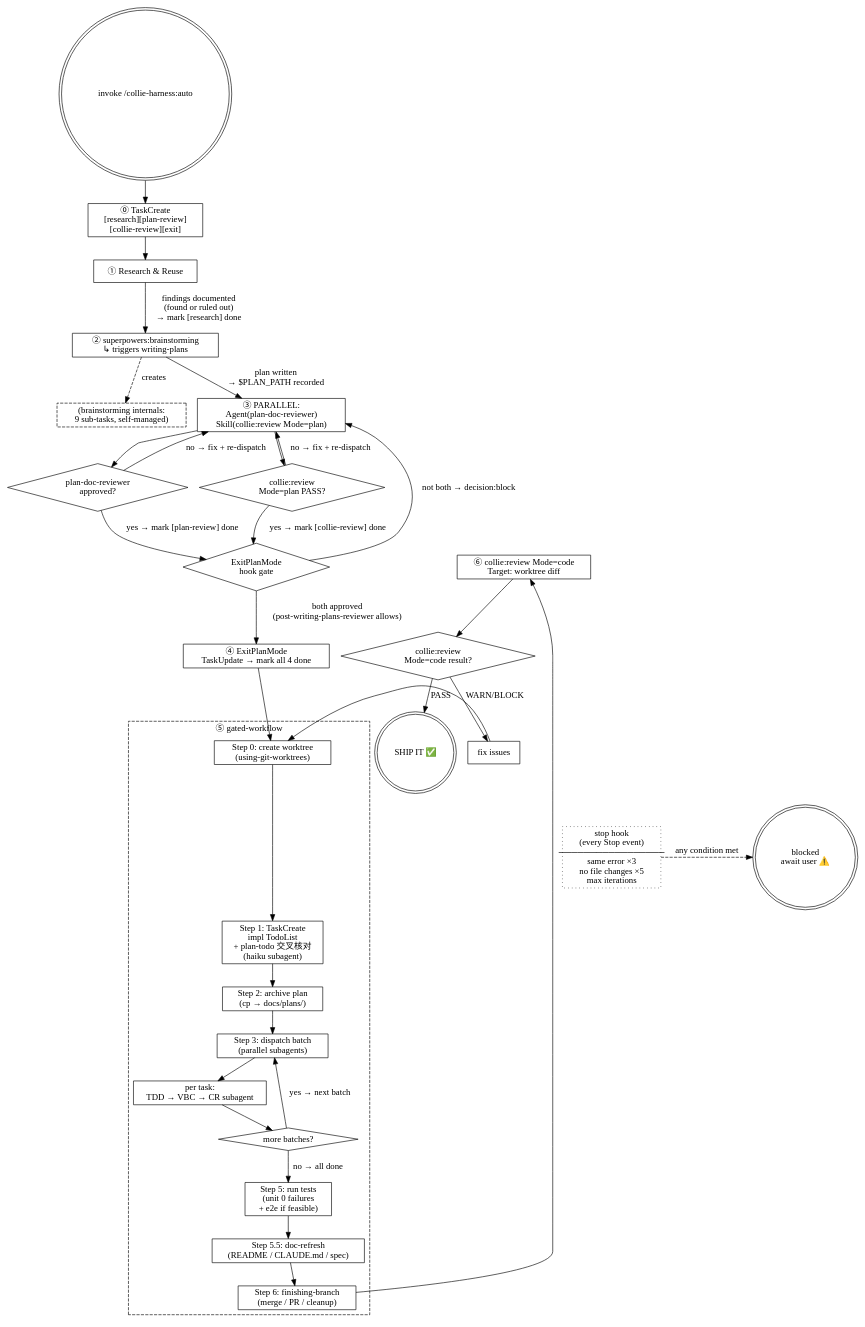
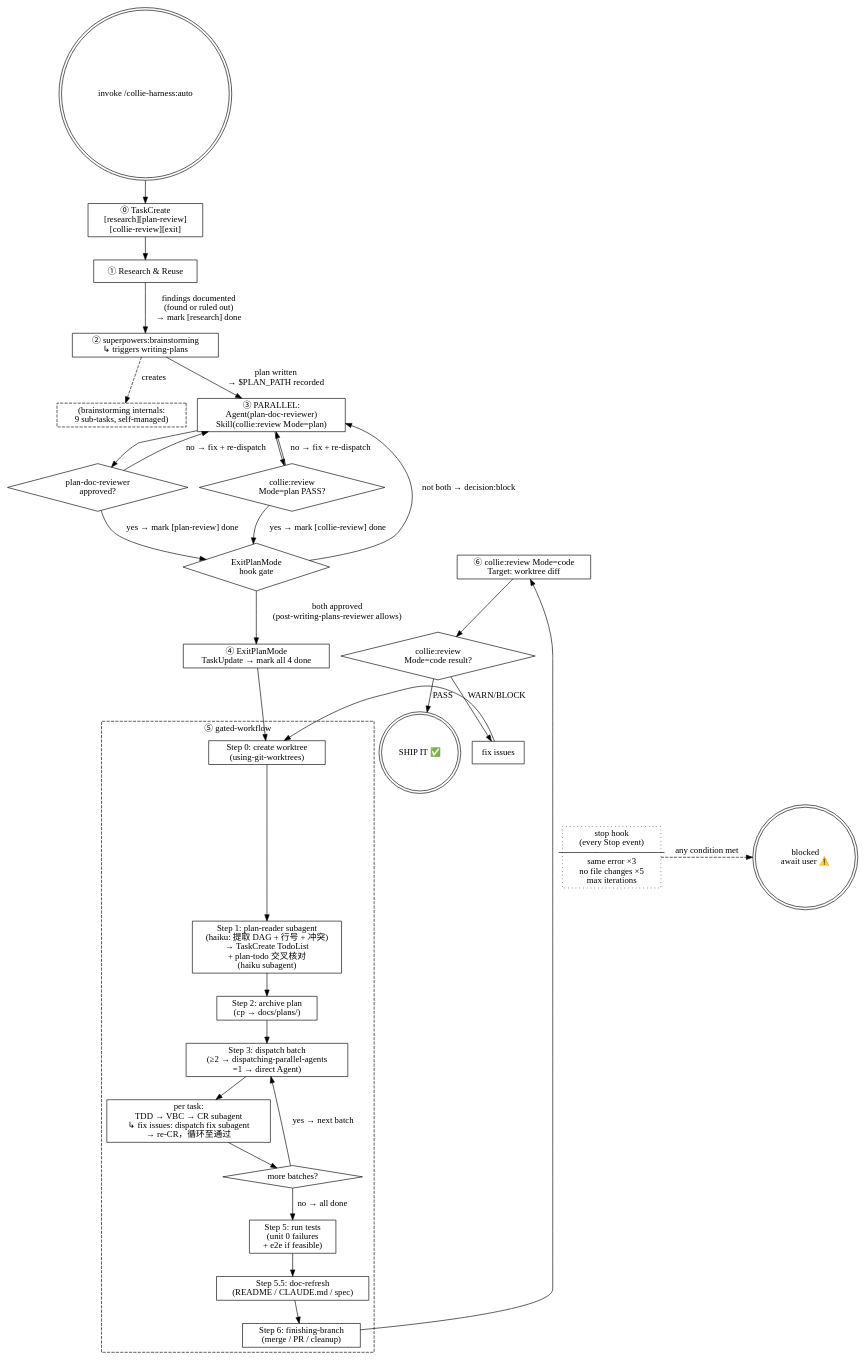
Before and after one commit to lkv1988/collie-harness: the diagram in docs/auto-state-machine-detailed.md, drawn with Graphviz.

Commit message:
docs: 更新状态机图反映 gated-workflow Step 1/3/4 改造

```diff
--- a/docs/auto-state-machine-detailed.md
+++ b/docs/auto-state-machine-detailed.md
@@ -81,10 +81,10 @@
         style=dashed;
 
         GW_START [shape=box, label="Step 0: create worktree\n(using-git-worktrees)"];
-        GW1      [shape=box, label="Step 1: TaskCreate\nimpl TodoList\n+ plan-todo 交叉核对\n(haiku subagent)"];
+        GW1      [shape=box, label="Step 1: plan-reader subagent\n(haiku: 提取 DAG + 行号 + 冲突)\n→ TaskCreate TodoList\n+ plan-todo 交叉核对\n(haiku subagent)"];
         GW2      [shape=box, label="Step 2: archive plan\n(cp → docs/plans/)"];
-        GW3      [shape=box, label="Step 3: dispatch batch\n(parallel subagents)"];
-        GW4      [shape=box, label="per task:\nTDD → VBC → CR subagent"];
+        GW3      [shape=box, label="Step 3: dispatch batch\n(≥2 → dispatching-parallel-agents\n=1 → direct Agent)"];
+        GW4      [shape=box, label="per task:\nTDD → VBC → CR subagent\n↳ fix issues: dispatch fix subagent\n→ re-CR，循环至通过"];
         GW_MORE  [shape=diamond, label="more batches?"];
         GW5      [shape=box, label="Step 5: run tests\n(unit 0 failures\n+ e2e if feasible)"];
         GW55     [shape=box, label="Step 5.5: doc-refresh\n(README / CLAUDE.md / spec)"];
```
